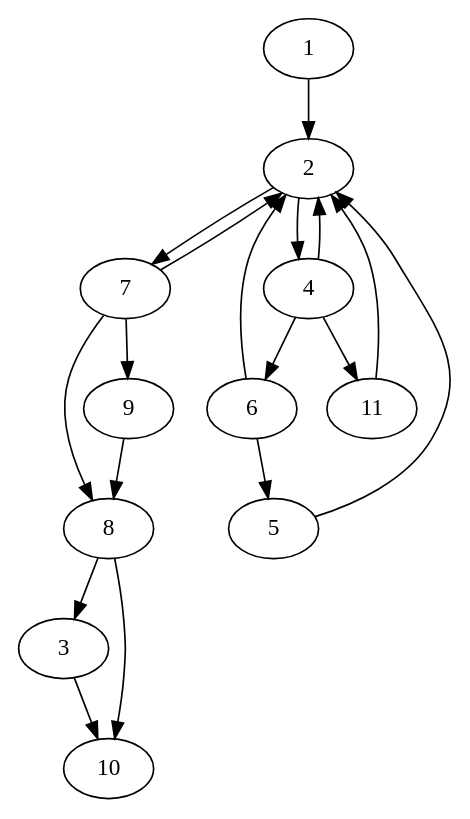
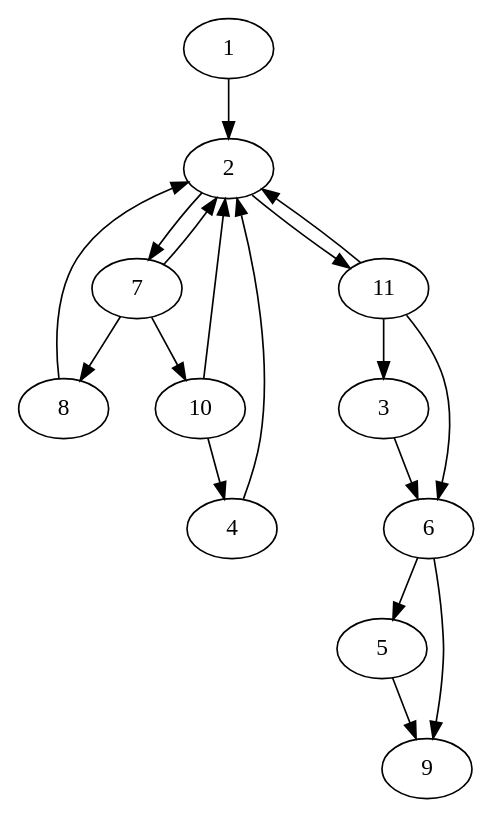
One commit to lifelike/gamebookformat changed the diagram in expected/items.dot. Above: the diagram before and after it, drawn with Graphviz. The commit also changed 32 other files, not shown here.

```diff
--- a/expected/items.dot
+++ b/expected/items.dot
@@ -1,28 +1,28 @@
 digraph gamebook {
 
 
 1->2
 2->7
 
-2->4
-3->10
+2->11
+3->6
 4->2
-
-4->6
-
-4->11
-5->2
+5->9
 6->5
 
-6->2
+6->9
 7->8
 
-7->9
+7->2
 
-7->2
-8->10
+7->10
+8->2
+ 10->2
 
-8->3
-9->8
- 11->2
+10->4
+11->2
+
+11->6
+
+11->3
 }
```
